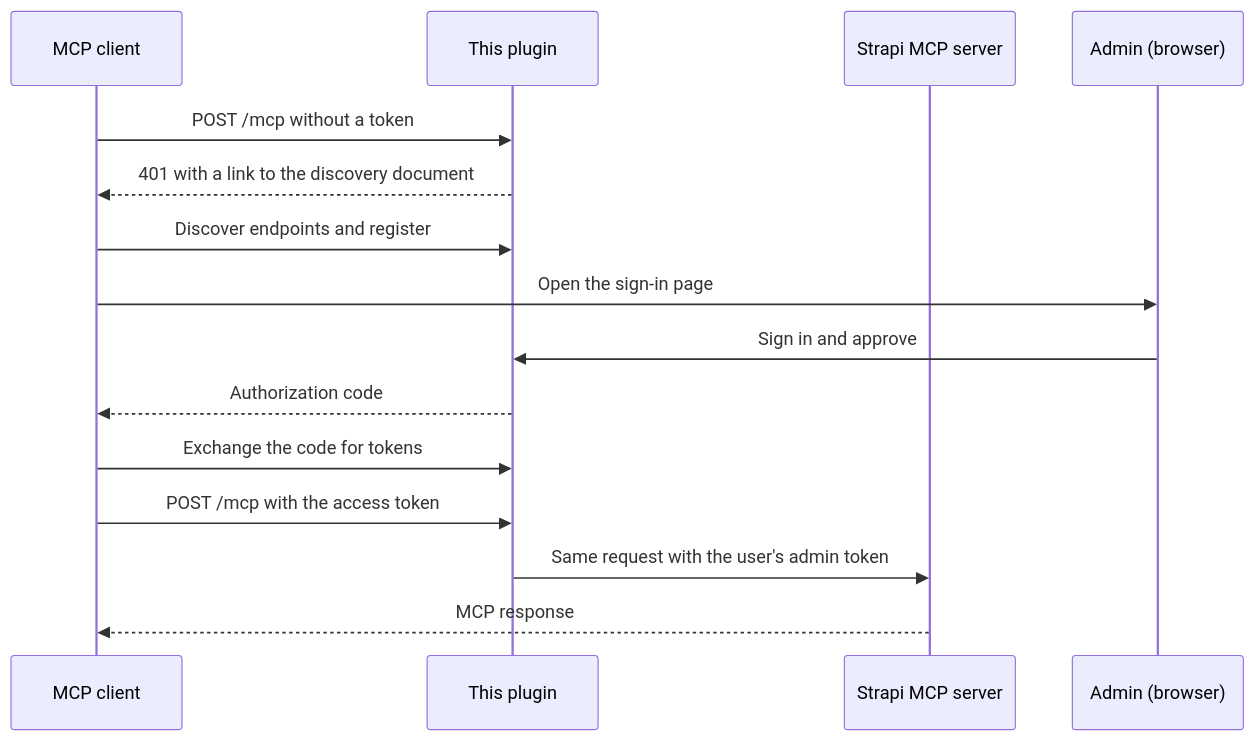
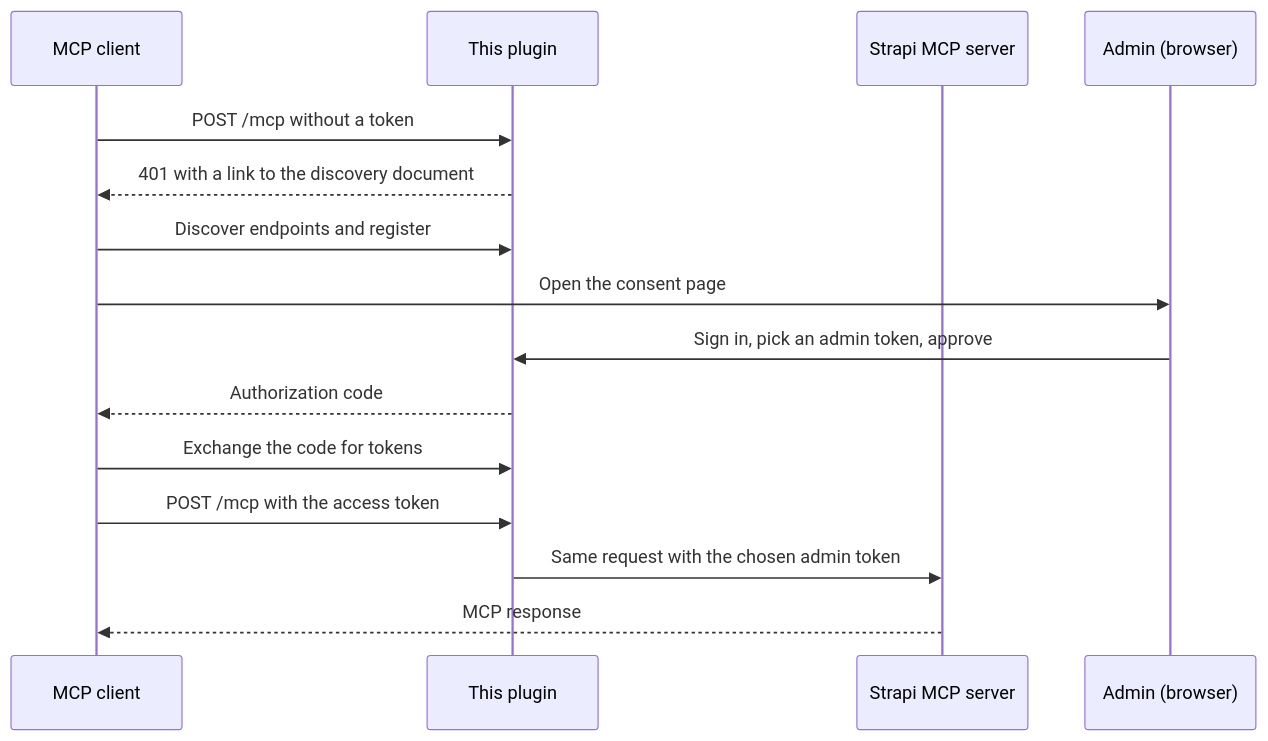
The diagram in README.md (PaulBratslavsky/strapi-oauth-mcp-manager), drawn with Mermaid before and after one commit. The commit also changed other lines of this file and 18 other files, not shown here.

````diff
--- a/README.md
+++ b/README.md
@@ -126,18 +163,18 @@
 ```mermaid
 sequenceDiagram
     participant C as MCP client
     participant P as This plugin
     participant S as Strapi MCP server
     participant U as Admin (browser)
 
     C->>P: POST /mcp without a token
     P-->>C: 401 with a link to the discovery document
     C->>P: Discover endpoints and register
-    C->>U: Open the sign-in page
-    U->>P: Sign in and approve
+    C->>U: Open the consent page
+    U->>P: Sign in, pick an admin token, approve
     P-->>C: Authorization code
     C->>P: Exchange the code for tokens
     C->>P: POST /mcp with the access token
-    P->>S: Same request with the user's admin token
+    P->>S: Same request with the chosen admin token
     S-->>C: MCP response
 ```
````
